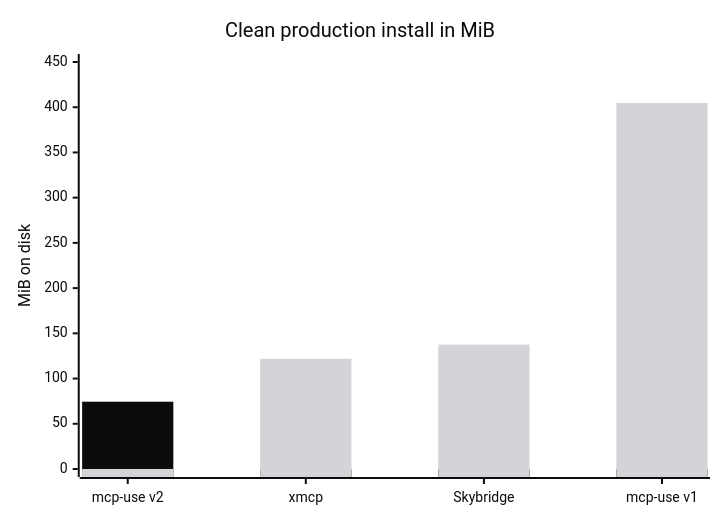
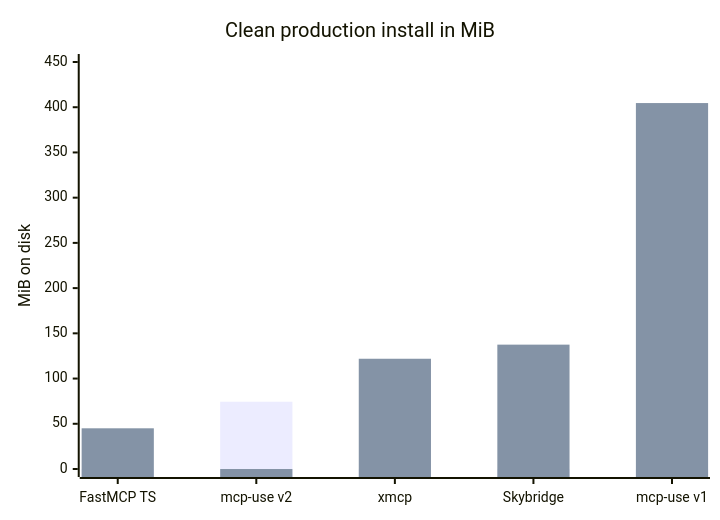
One commit to mcp-use/mcp-use changed the third of 4 diagrams in benchmark.md. Above: the diagram before and after it, drawn with Mermaid. The commit also changed other lines of this file and 1 other file, not shown here.

Commit message:
docs: compare FastMCP TypeScript

````diff
--- a/benchmark.md
+++ b/benchmark.md
@@ -123,24 +150,8 @@
 ```mermaid
----
-config:
-  themeVariables:
-    xyChart:
-      backgroundColor: "#ffffff"
-      titleColor: "#0c0c0c"
-      xAxisLabelColor: "#0c0c0c"
-      xAxisTitleColor: "#0c0c0c"
-      xAxisTickColor: "#0c0c0c"
-      xAxisLineColor: "#0c0c0c"
-      yAxisLabelColor: "#0c0c0c"
-      yAxisTitleColor: "#0c0c0c"
-      yAxisTickColor: "#0c0c0c"
-      yAxisLineColor: "#0c0c0c"
-      plotColorPalette: "#0c0c0c, #d4d4d8"
----
 xychart
   title "Clean production install in MiB"
-  x-axis ["mcp-use v2", "xmcp", "Skybridge", "mcp-use v1"]
+  x-axis ["FastMCP TS", "mcp-use v2", "xmcp", "Skybridge", "mcp-use v1"]
   y-axis "MiB on disk" 0 --> 450
-  bar [74.4, 0, 0, 0]
-  bar [0, 121.9, 137.5, 404.6]
+  bar [0, 74.4, 0, 0, 0]
+  bar [45.0, 0, 121.9, 137.5, 404.6]
 ```
````
